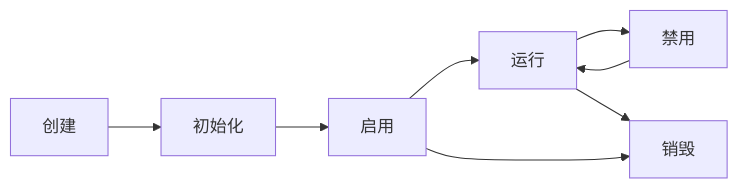
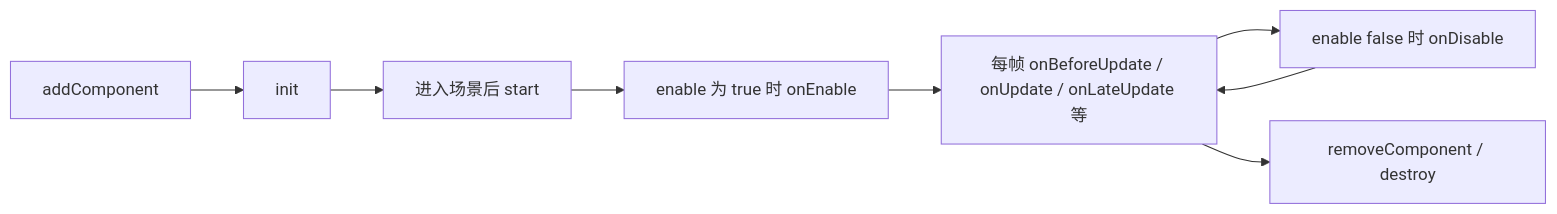
Before and after one commit to RingsEngine/rings: the diagram in docs/components.md, drawn with Mermaid. The commit also changed other lines of this file and 89 other files, not shown here.

````diff
--- a/docs/components.md
+++ b/docs/components.md
@@ -383,10 +259,10 @@
 ```mermaid
 graph LR
-    A[创建] --> B[初始化]
-    B --> C[启用]
-    C --> D[运行]
-    D --> E[禁用]
-    E --> D
-    D --> F[销毁]
-    C --> F
+  A[addComponent] --> B[init]
+  B --> C[进入场景后 start]
+  C --> D[enable 为 true 时 onEnable]
+  D --> E[每帧 onBeforeUpdate / onUpdate / onLateUpdate 等]
+  E --> F[enable false 时 onDisable]
+  F --> E
+  E --> G[removeComponent / destroy]
 ```
````
